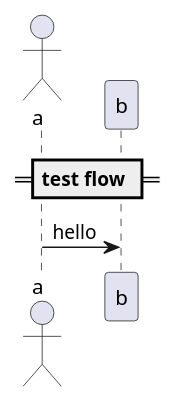
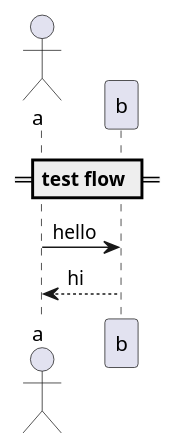
Before and after one commit to xuhuiying/test: the diagram in 1.plantuml, drawn with PlantUML.

```diff
--- a/1.plantuml
+++ b/1.plantuml
@@ -1,10 +1,11 @@
 @startuml
 actor a
 participant b
 
 
 == test flow ==
 a -> b: hello
+return hi
 
 
 @enduml
```
